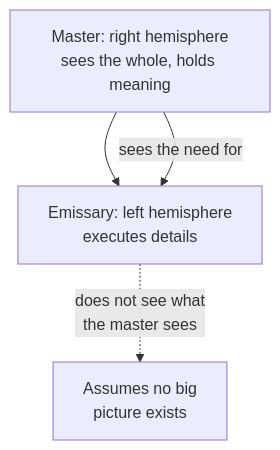
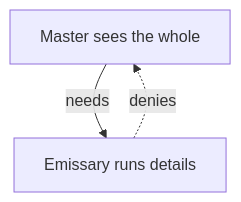
Before and after one commit to jrajath94/ai-podcast-curriculum: the second of 2 diagrams in content/tracks/hidden-brain/ep02.md, drawn with Mermaid. The commit also changed other lines of this file, not shown here.

````diff
--- a/content/tracks/hidden-brain/ep02.md
+++ b/content/tracks/hidden-brain/ep02.md
@@ -134,6 +145,5 @@
 ```mermaid
 graph TD
-    R[Master: right hemisphere<br/>sees the whole, holds meaning] --> L[Emissary: left hemisphere<br/>executes details]
-    L -.->|does not see what<br/>the master sees| L2[Assumes no big<br/>picture exists]
-    R -->|sees the need for| L
+    R[Master sees the whole] -->|needs| L[Emissary runs details]
+    L -.->|denies| R
 ```
````
